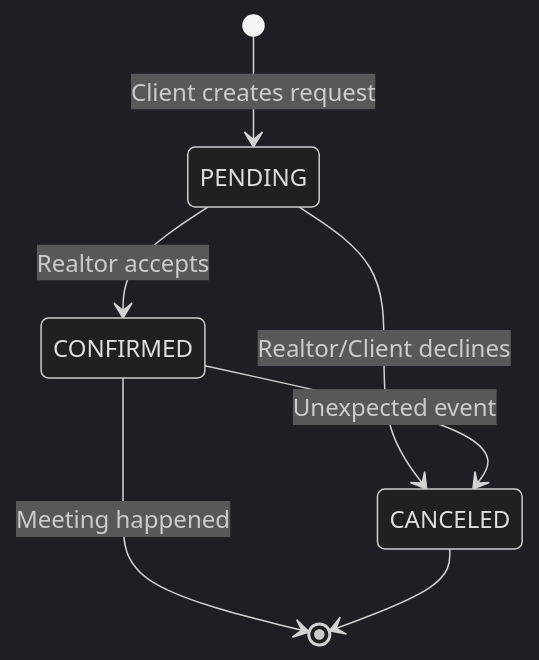
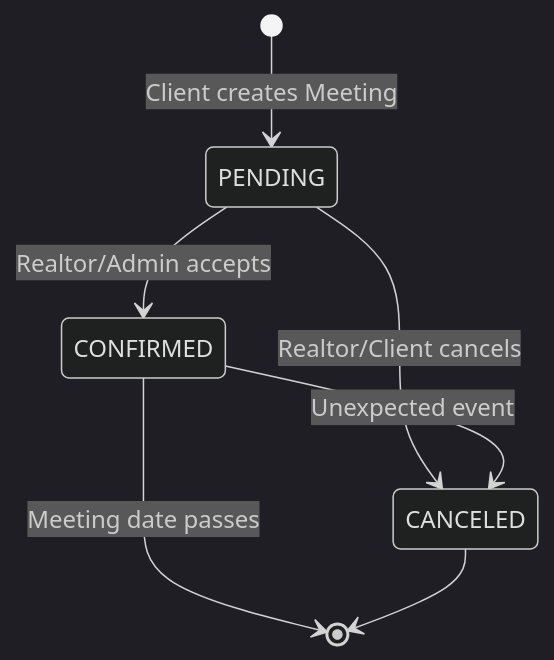
The sixth of 7 diagrams in doc/Architecture_and_Design.md (Majkle/NNPRO-REMAX-BE), drawn with Mermaid (dark theme) before and after one commit. The commit also changed other lines of this file, not shown here.

````diff
--- a/doc/Architecture_and_Design.md
+++ b/doc/Architecture_and_Design.md
@@ -198,9 +239,9 @@
 ```mermaid
 stateDiagram-v2
-    [*] --> PENDING: Client creates request
-    PENDING --> CONFIRMED: Realtor accepts
-    PENDING --> CANCELED: Realtor/Client declines
+    [*] --> PENDING: Client creates Meeting
+    PENDING --> CONFIRMED: Realtor/Admin accepts
+    PENDING --> CANCELED: Realtor/Client cancels
     CONFIRMED --> CANCELED: Unexpected event
-    CONFIRMED --> [*]: Meeting happened
+    CONFIRMED --> [*]: Meeting date passes
     CANCELED --> [*]
 ```
````
